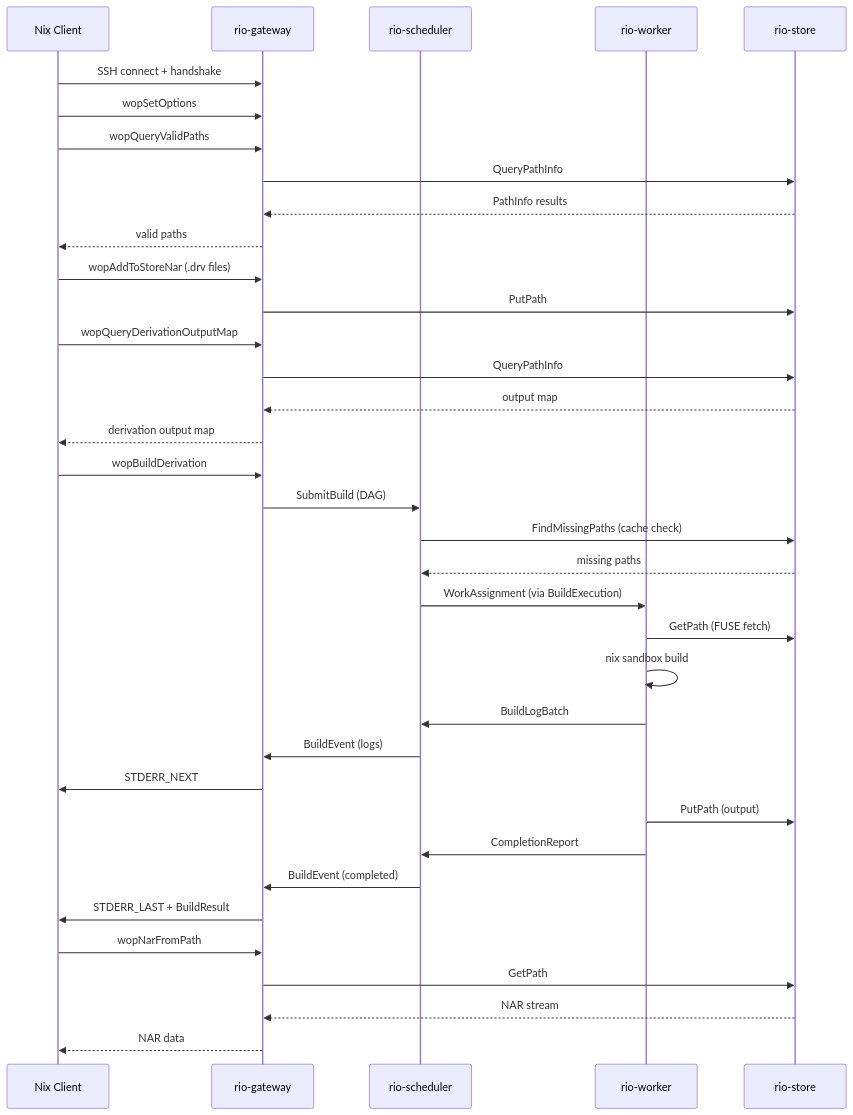
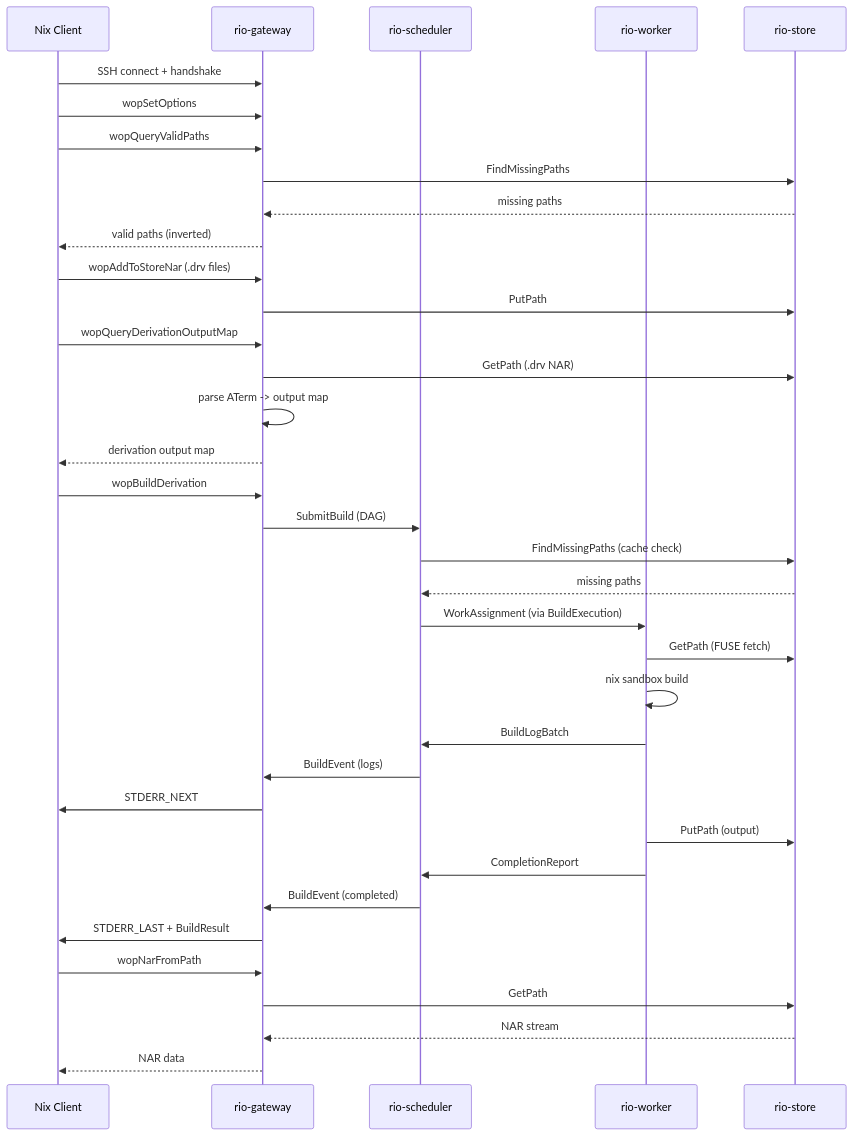
One commit to Mic92/rio-build changed the first of 3 diagrams in docs/src/data-flows.md. Above: the diagram before and after it, drawn with Mermaid. The commit also changed other lines of this file, not shown here.

````diff
--- a/docs/src/data-flows.md
+++ b/docs/src/data-flows.md
@@ -57,39 +62,39 @@
 ```mermaid
 sequenceDiagram
     participant Client as Nix Client
     participant GW as rio-gateway
     participant Sched as rio-scheduler
     participant Worker as rio-worker
     participant Store as rio-store
 
     Client->>GW: SSH connect + handshake
     Client->>GW: wopSetOptions
     Client->>GW: wopQueryValidPaths
-    GW->>Store: QueryPathInfo
-    Store-->>GW: PathInfo results
-    GW-->>Client: valid paths
+    GW->>Store: FindMissingPaths
+    Store-->>GW: missing paths
+    GW-->>Client: valid paths (inverted)
     Client->>GW: wopAddToStoreNar (.drv files)
     GW->>Store: PutPath
     Client->>GW: wopQueryDerivationOutputMap
-    GW->>Store: QueryPathInfo
-    Store-->>GW: output map
+    GW->>Store: GetPath (.drv NAR)
+    GW->>GW: parse ATerm -> output map
     GW-->>Client: derivation output map
     Client->>GW: wopBuildDerivation
     GW->>Sched: SubmitBuild (DAG)
     Sched->>Store: FindMissingPaths (cache check)
     Store-->>Sched: missing paths
     Sched->>Worker: WorkAssignment (via BuildExecution)
     Worker->>Store: GetPath (FUSE fetch)
     Worker->>Worker: nix sandbox build
     Worker->>Sched: BuildLogBatch
     Sched->>GW: BuildEvent (logs)
     GW->>Client: STDERR_NEXT
     Worker->>Store: PutPath (output)
     Worker->>Sched: CompletionReport
     Sched->>GW: BuildEvent (completed)
     GW->>Client: STDERR_LAST + BuildResult
     Client->>GW: wopNarFromPath
     GW->>Store: GetPath
     Store-->>GW: NAR stream
     GW-->>Client: NAR data
 ```
````
